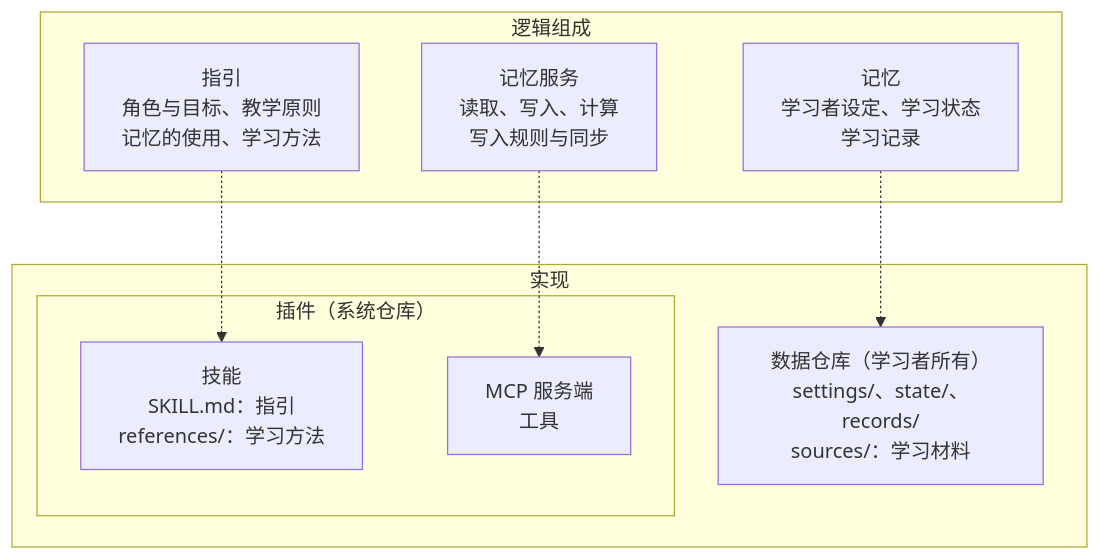
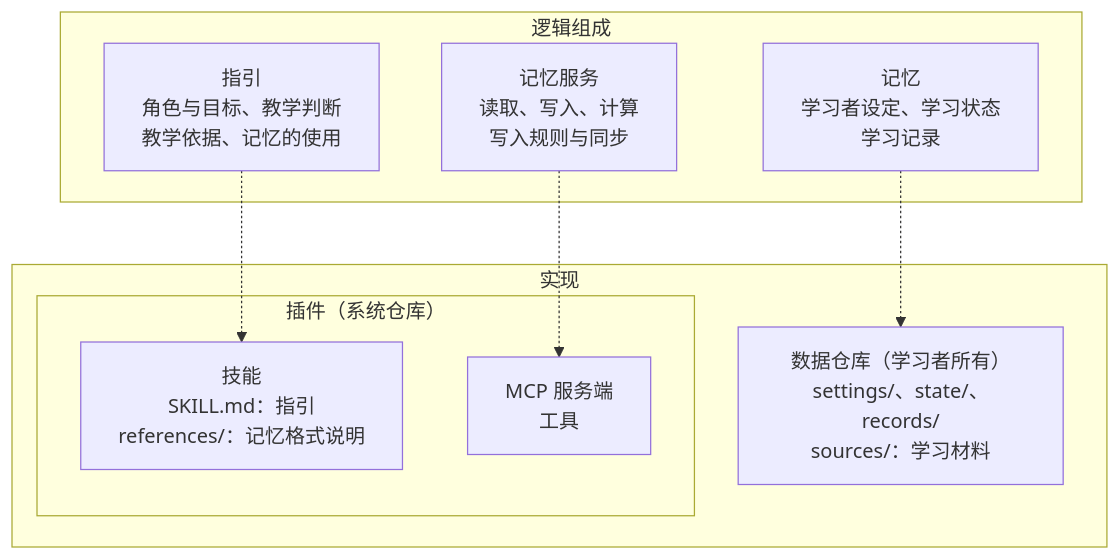
The diagram in docs/README.md (Aice-Chen/cairn-system), drawn with Mermaid before and after one commit. The commit also changed other lines of this file and 11 other files, not shown here.

````diff
--- a/docs/README.md
+++ b/docs/README.md
@@ -24,18 +34,18 @@
 ```mermaid
 flowchart TB
     subgraph logical["逻辑组成"]
-        G["指引<br/>角色与目标、教学原则<br/>记忆的使用、学习方法"]
+        G["指引<br/>角色与目标、教学判断<br/>教学依据、记忆的使用"]
         S["记忆服务<br/>读取、写入、计算<br/>写入规则与同步"]
         M["记忆<br/>学习者设定、学习状态<br/>学习记录"]
     end
     subgraph impl["实现"]
         subgraph plugin["插件（系统仓库）"]
-            SK["技能<br/>SKILL.md：指引<br/>references/：学习方法"]
+            SK["技能<br/>SKILL.md：指引<br/>references/：记忆格式说明"]
             SV["MCP 服务端<br/>工具"]
         end
         DR["数据仓库（学习者所有）<br/>settings/、state/、records/<br/>sources/：学习材料"]
     end
     G -.-> SK
     S -.-> SV
     M -.-> DR
 ```
````
